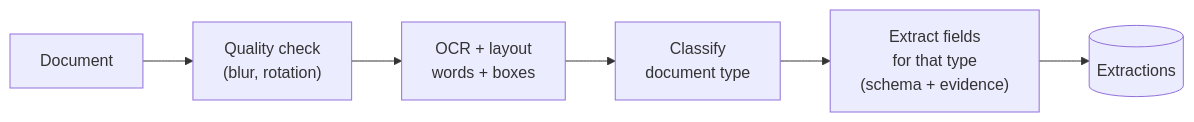
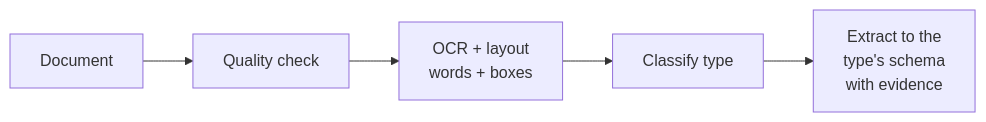
Before and after one commit to shubamchaudhary/CodeNITW: the second of 3 diagrams in src/Data/aiStackDocs/DP-08.md, drawn with Mermaid. The commit also changed other lines of this file and 15 other files, not shown here.

````diff
--- a/src/Data/aiStackDocs/DP-08.md
+++ b/src/Data/aiStackDocs/DP-08.md
@@ -84,8 +77,7 @@
 ```mermaid
 flowchart LR
-    D["Document"] --> Q1["Quality check<br/>(blur, rotation)"]
-    Q1 --> OCR["OCR + layout<br/>words + boxes"]
-    OCR --> CL["Classify<br/>document type"]
-    CL --> EX["Extract fields<br/>for that type<br/>(schema + evidence)"]
-    EX --> DB[("Extractions")]
+    D["Document"] --> QC["Quality check"]
+    QC --> OCR["OCR + layout<br/>words + boxes"]
+    OCR --> CL["Classify type"]
+    CL --> EX["Extract to the<br/>type's schema<br/>with evidence"]
 ```
````
